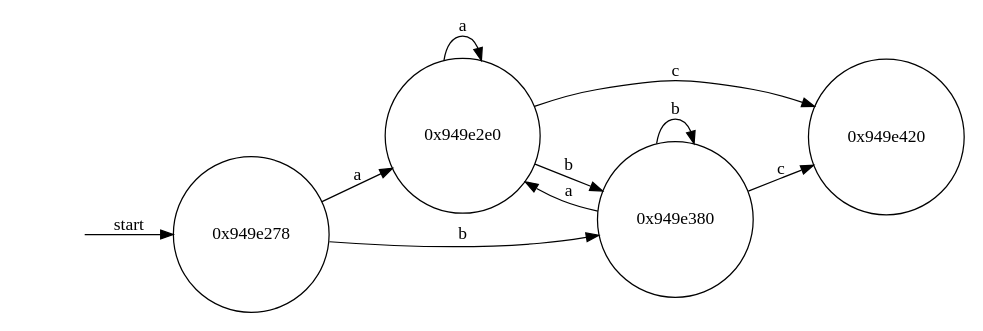
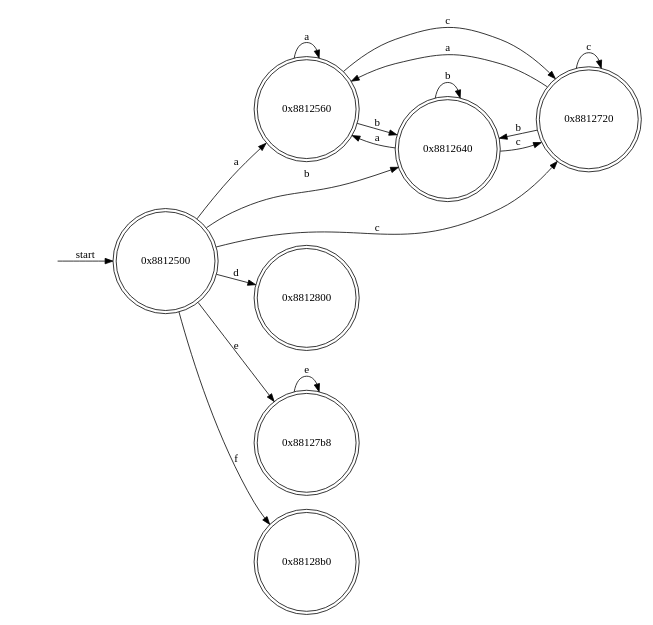
Before and after one commit to Golevka/reviz: the diagram in out.dot, drawn with Graphviz. The commit also changed 10 other files, not shown here.

```diff
--- a/out.dot
+++ b/out.dot
@@ -1,31 +1,55 @@
 digraph finite_state_machine {
     rankdir=LR;
     size="8,5"
     node [shape = circle label=""]
-    node [shape = circle label="0x949e278"]; addr_0x949e278
-    node [shape = circle label="0x949e2e0"]; addr_0x949e2e0
-    addr_0x949e278 -> addr_0x949e2e0 [ label = "a" ]
-    node [shape = circle label="0x949e2e0"]; addr_0x949e2e0
-    node [shape = circle label="0x949e2e0"]; addr_0x949e2e0
-    addr_0x949e2e0 -> addr_0x949e2e0 [ label = "a" ]
-    node [shape = circle label="0x949e2e0"]; addr_0x949e2e0
-    node [shape = circle label="0x949e380"]; addr_0x949e380
-    addr_0x949e2e0 -> addr_0x949e380 [ label = "b" ]
-    node [shape = circle label="0x949e380"]; addr_0x949e380
-    node [shape = circle label="0x949e2e0"]; addr_0x949e2e0
-    addr_0x949e380 -> addr_0x949e2e0 [ label = "a" ]
-    node [shape = circle label="0x949e380"]; addr_0x949e380
-    node [shape = circle label="0x949e380"]; addr_0x949e380
-    addr_0x949e380 -> addr_0x949e380 [ label = "b" ]
-    node [shape = circle label="0x949e380"]; addr_0x949e380
-    node [shape = circle label="0x949e420"]; addr_0x949e420
-    addr_0x949e380 -> addr_0x949e420 [ label = "c" ]
-    node [shape = circle label="0x949e2e0"]; addr_0x949e2e0
-    node [shape = circle label="0x949e420"]; addr_0x949e420
-    addr_0x949e2e0 -> addr_0x949e420 [ label = "c" ]
-    node [shape = circle label="0x949e278"]; addr_0x949e278
-    node [shape = circle label="0x949e380"]; addr_0x949e380
-    addr_0x949e278 -> addr_0x949e380 [ label = "b" ]
+    node [shape = doublecircle label="0x8812500"]; addr_0x8812500
+    node [shape = doublecircle label="0x8812560"]; addr_0x8812560
+    addr_0x8812500 -> addr_0x8812560 [ label = "a" ]
+    node [shape = doublecircle label="0x8812560"]; addr_0x8812560
+    node [shape = doublecircle label="0x8812560"]; addr_0x8812560
+    addr_0x8812560 -> addr_0x8812560 [ label = "a" ]
+    node [shape = doublecircle label="0x8812560"]; addr_0x8812560
+    node [shape = doublecircle label="0x8812640"]; addr_0x8812640
+    addr_0x8812560 -> addr_0x8812640 [ label = "b" ]
+    node [shape = doublecircle label="0x8812640"]; addr_0x8812640
+    node [shape = doublecircle label="0x8812560"]; addr_0x8812560
+    addr_0x8812640 -> addr_0x8812560 [ label = "a" ]
+    node [shape = doublecircle label="0x8812640"]; addr_0x8812640
+    node [shape = doublecircle label="0x8812640"]; addr_0x8812640
+    addr_0x8812640 -> addr_0x8812640 [ label = "b" ]
+    node [shape = doublecircle label="0x8812640"]; addr_0x8812640
+    node [shape = doublecircle label="0x8812720"]; addr_0x8812720
+    addr_0x8812640 -> addr_0x8812720 [ label = "c" ]
+    node [shape = doublecircle label="0x8812720"]; addr_0x8812720
+    node [shape = doublecircle label="0x8812560"]; addr_0x8812560
+    addr_0x8812720 -> addr_0x8812560 [ label = "a" ]
+    node [shape = doublecircle label="0x8812720"]; addr_0x8812720
+    node [shape = doublecircle label="0x8812640"]; addr_0x8812640
+    addr_0x8812720 -> addr_0x8812640 [ label = "b" ]
+    node [shape = doublecircle label="0x8812720"]; addr_0x8812720
+    node [shape = doublecircle label="0x8812720"]; addr_0x8812720
+    addr_0x8812720 -> addr_0x8812720 [ label = "c" ]
+    node [shape = doublecircle label="0x8812560"]; addr_0x8812560
+    node [shape = doublecircle label="0x8812720"]; addr_0x8812720
+    addr_0x8812560 -> addr_0x8812720 [ label = "c" ]
+    node [shape = doublecircle label="0x8812500"]; addr_0x8812500
+    node [shape = doublecircle label="0x8812640"]; addr_0x8812640
+    addr_0x8812500 -> addr_0x8812640 [ label = "b" ]
+    node [shape = doublecircle label="0x8812500"]; addr_0x8812500
+    node [shape = doublecircle label="0x8812720"]; addr_0x8812720
+    addr_0x8812500 -> addr_0x8812720 [ label = "c" ]
+    node [shape = doublecircle label="0x8812500"]; addr_0x8812500
+    node [shape = doublecircle label="0x8812800"]; addr_0x8812800
+    addr_0x8812500 -> addr_0x8812800 [ label = "d" ]
+    node [shape = doublecircle label="0x8812500"]; addr_0x8812500
+    node [shape = doublecircle label="0x88127b8"]; addr_0x88127b8
+    addr_0x8812500 -> addr_0x88127b8 [ label = "e" ]
+    node [shape = doublecircle label="0x88127b8"]; addr_0x88127b8
+    node [shape = doublecircle label="0x88127b8"]; addr_0x88127b8
+    addr_0x88127b8 -> addr_0x88127b8 [ label = "e" ]
+    node [shape = doublecircle label="0x8812500"]; addr_0x8812500
+    node [shape = doublecircle label="0x88128b0"]; addr_0x88128b0
+    addr_0x8812500 -> addr_0x88128b0 [ label = "f" ]
     node [shape = none label=""]; start
-    start -> addr_0x949e278 [ label = "start" ]
+    start -> addr_0x8812500 [ label = "start" ]
 }
```
